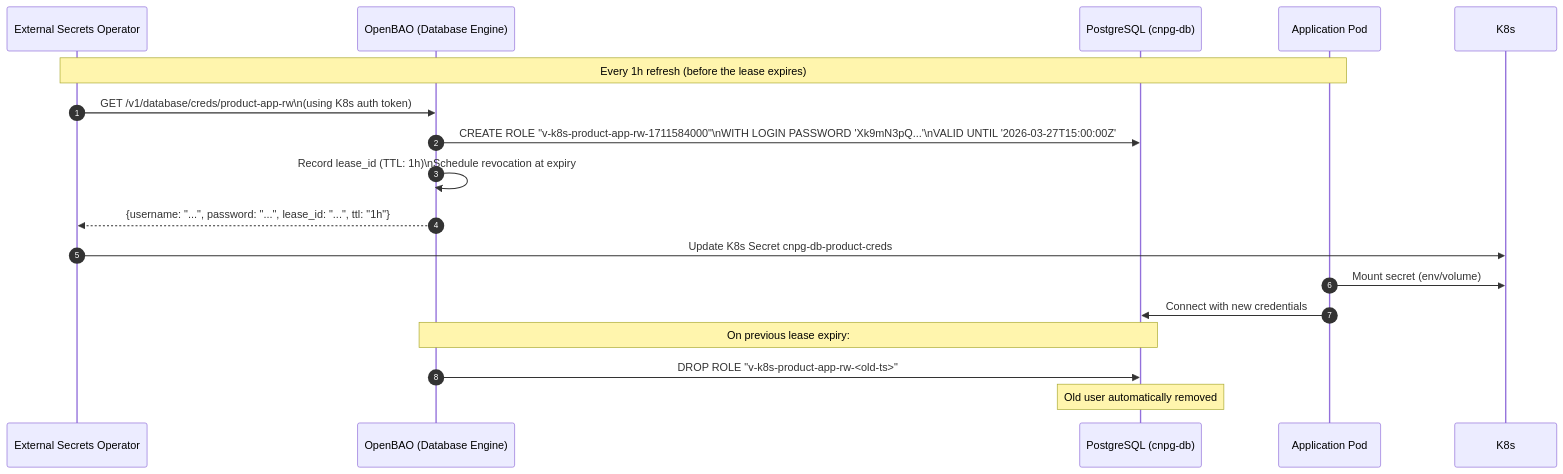
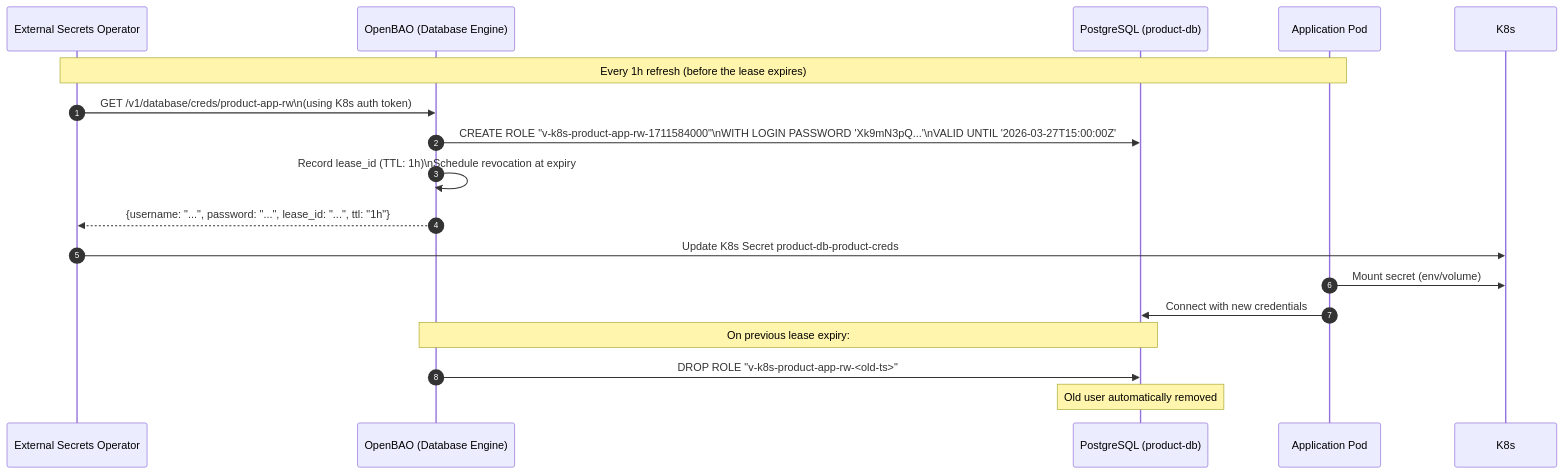
One commit to duynhlab/homelab changed the seventh of 18 diagrams in docs/secrets/README.md. Above: the diagram before and after it, drawn with Mermaid. The commit also changed other lines of this file and 15 other files, not shown here.

````diff
--- a/docs/secrets/README.md
+++ b/docs/secrets/README.md
@@ -378,22 +378,22 @@
 ```mermaid
 sequenceDiagram
     autonumber
     participant ESO as External Secrets Operator
     participant BAO as OpenBAO (Database Engine)
-    participant PG as PostgreSQL (cnpg-db)
+    participant PG as PostgreSQL (product-db)
     participant App as Application Pod
 
     note over ESO,App: Every 1h refresh (before the lease expires)
 
     ESO->>BAO: GET /v1/database/creds/product-app-rw\n(using K8s auth token)
     BAO->>PG: CREATE ROLE "v-k8s-product-app-rw-1711584000"\nWITH LOGIN PASSWORD 'Xk9mN3pQ...'\nVALID UNTIL '2026-03-27T15:00:00Z'
     BAO->>BAO: Record lease_id (TTL: 1h)\nSchedule revocation at expiry
     BAO-->>ESO: {username: "...", password: "...", lease_id: "...", ttl: "1h"}
-    ESO->>K8s: Update K8s Secret cnpg-db-product-creds
+    ESO->>K8s: Update K8s Secret product-db-product-creds
     App->>K8s: Mount secret (env/volume)
     App->>PG: Connect with new credentials
 
     note over BAO,PG: On previous lease expiry:
     BAO->>PG: DROP ROLE "v-k8s-product-app-rw-<old-ts>"
     note over PG: Old user automatically removed
 ```
````
